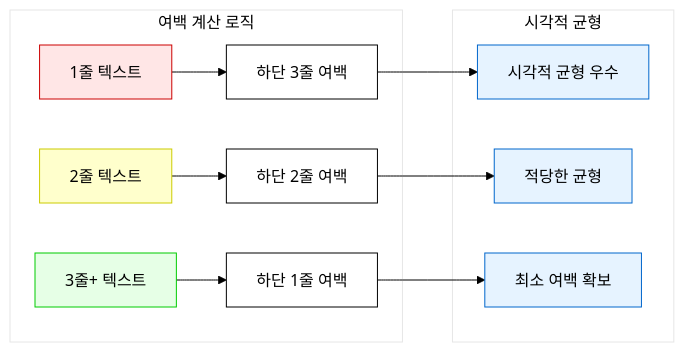
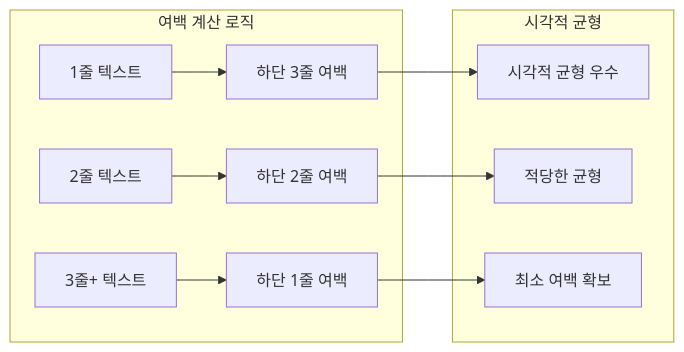
The third of 5 diagrams in docs/core-printer-utils-analysis.md (nicewook/receipt-printer), drawn with Mermaid before and after one commit. The commit also changed other lines of this file and 5 other files, not shown here.

First line of the commit message:
Fix documentation portal Mermaid rendering and clean up markdown files

````diff
--- a/docs/core-printer-utils-analysis.md
+++ b/docs/core-printer-utils-analysis.md
@@ -287,30 +260,15 @@
 ```mermaid
-%%{init: {
-  'theme': 'base',
-  'themeVariables': {
-    'primaryColor': '#ffffff',
-    'primaryTextColor': '#000000',
-    'primaryBorderColor': '#000000',
-    'lineColor': '#000000'
-  }
-}}%%
 graph LR
     subgraph "여백 계산 로직"
         TEXT1[1줄 텍스트] --> PAD3[하단 3줄 여백]
         TEXT2[2줄 텍스트] --> PAD2[하단 2줄 여백]
         TEXT3[3줄+ 텍스트] --> PAD1[하단 1줄 여백]
     end
     
     subgraph "시각적 균형"
         PAD3 --> BALANCE1[시각적 균형 우수]
         PAD2 --> BALANCE2[적당한 균형]
         PAD1 --> BALANCE3[최소 여백 확보]
     end
     
-    style TEXT1 fill:#ffe6e6,stroke:#cc0000,color:#000000
-    style TEXT2 fill:#ffffcc,stroke:#cccc00,color:#000000
-    style TEXT3 fill:#e6ffe6,stroke:#00cc00,color:#000000
-    style BALANCE1 fill:#e6f3ff,stroke:#0066cc,color:#000000
-    style BALANCE2 fill:#e6f3ff,stroke:#0066cc,color:#000000
-    style BALANCE3 fill:#e6f3ff,stroke:#0066cc,color:#000000
 ```
````
